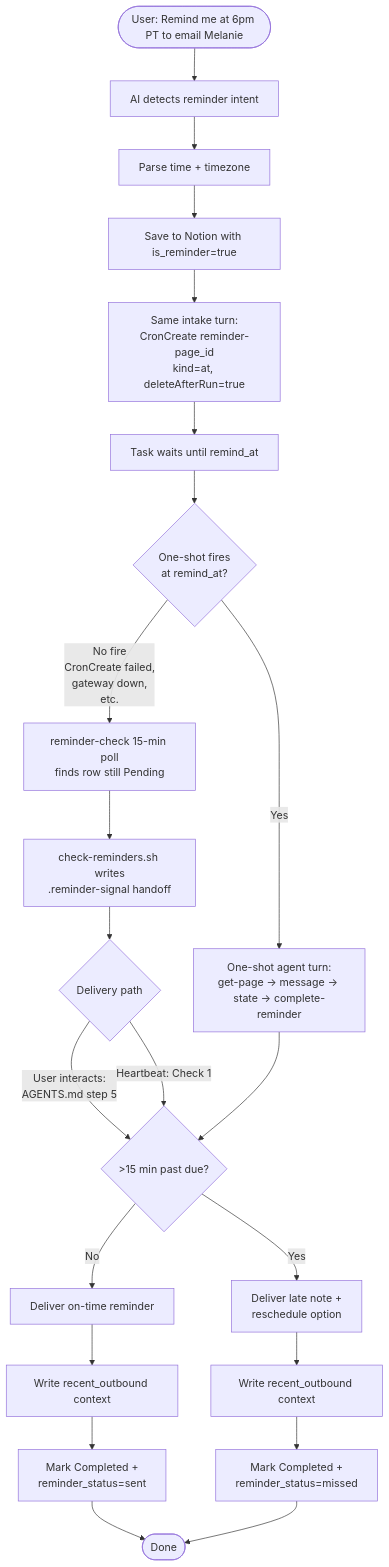
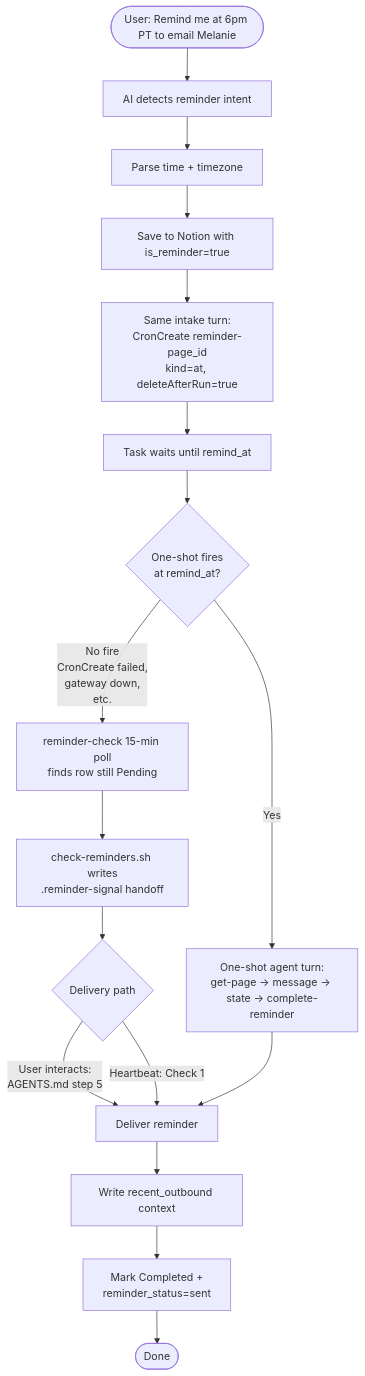
One commit to NickBorgersProbably/hide-my-list changed diagram 28 of 29 in docs/task-lifecycle.md. Above: the diagram before and after it, drawn with Mermaid. The commit also changed other lines of this file and 12 other files, not shown here.

Commit message:
Remove missed reminder framing

````diff
--- a/docs/task-lifecycle.md
+++ b/docs/task-lifecycle.md
@@ -920,28 +917,23 @@
 ```mermaid
 flowchart TD
     Intake([User: Remind me at 6pm PT to email Melanie]) --> Detect[AI detects reminder intent]
     Detect --> Parse[Parse time + timezone]
     Parse --> Save[Save to Notion with is_reminder=true]
     Save --> RegisterCron[Same intake turn:<br/>CronCreate reminder-page_id<br/>kind=at, deleteAfterRun=true]
     RegisterCron --> Wait[Task waits until remind_at]
 
     Wait --> OneShot{One-shot fires<br/>at remind_at?}
     OneShot -->|Yes| OneShotRun[One-shot agent turn:<br/>get-page → message → state → complete-reminder]
     OneShot -->|No fire<br/>CronCreate failed,<br/>gateway down,<br/>etc.| SafetyNet[reminder-check 15-min poll<br/>finds row still Pending]
     SafetyNet --> Handoff[check-reminders.sh writes<br/>.reminder-signal handoff]
     Handoff --> SafetyDeliver{Delivery path}
-    SafetyDeliver -->|User interacts:<br/>AGENTS.md step 5| Late
-    SafetyDeliver -->|Heartbeat: Check 1| Late
+    SafetyDeliver -->|User interacts:<br/>AGENTS.md step 5| Send
+    SafetyDeliver -->|Heartbeat: Check 1| Send
 
-    OneShotRun --> Late{>15 min past due?}
-    Late -->|No| Send[Deliver on-time reminder]
-    Late -->|Yes| SendMissed[Deliver late note +<br/>reschedule option]
+    OneShotRun --> Send[Deliver reminder]
 
     Send --> Context[Write recent_outbound context]
-    SendMissed --> Context2[Write recent_outbound context]
     Context --> Complete[Mark Completed +<br/>reminder_status=sent]
-    Context2 --> Complete2[Mark Completed +<br/>reminder_status=missed]
 
     Complete --> Done([Done])
-    Complete2 --> Done
 ```
````
